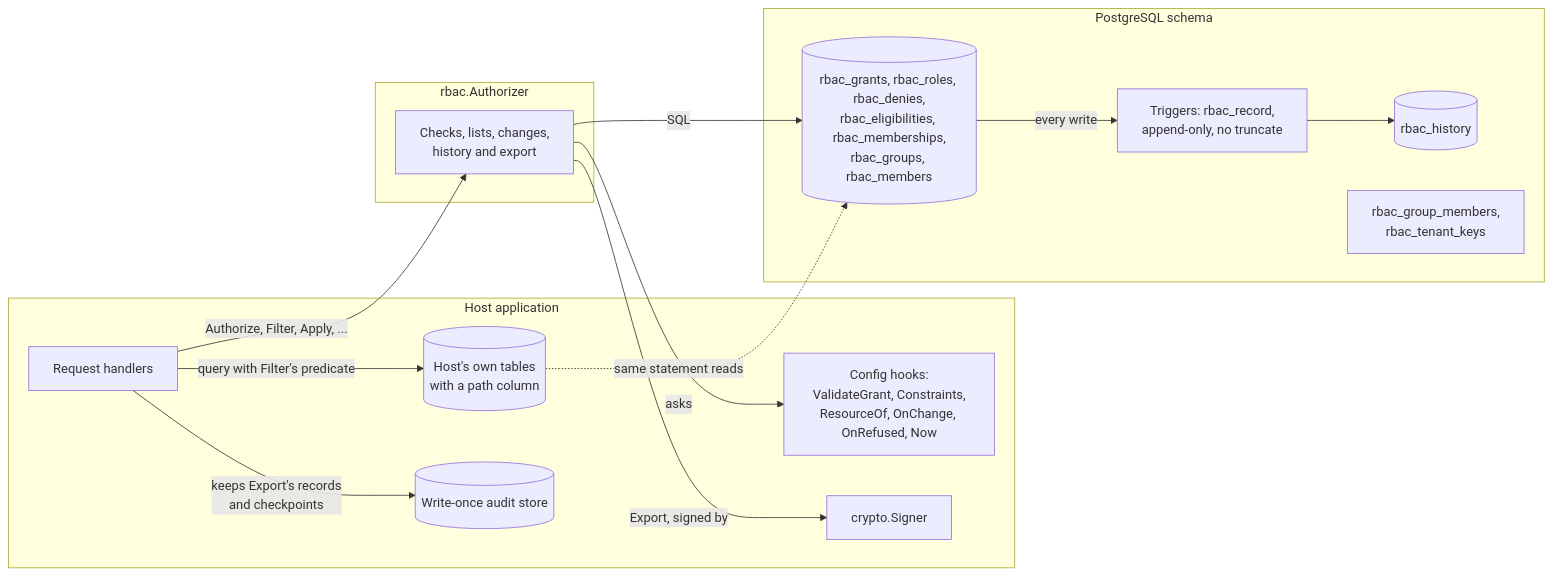
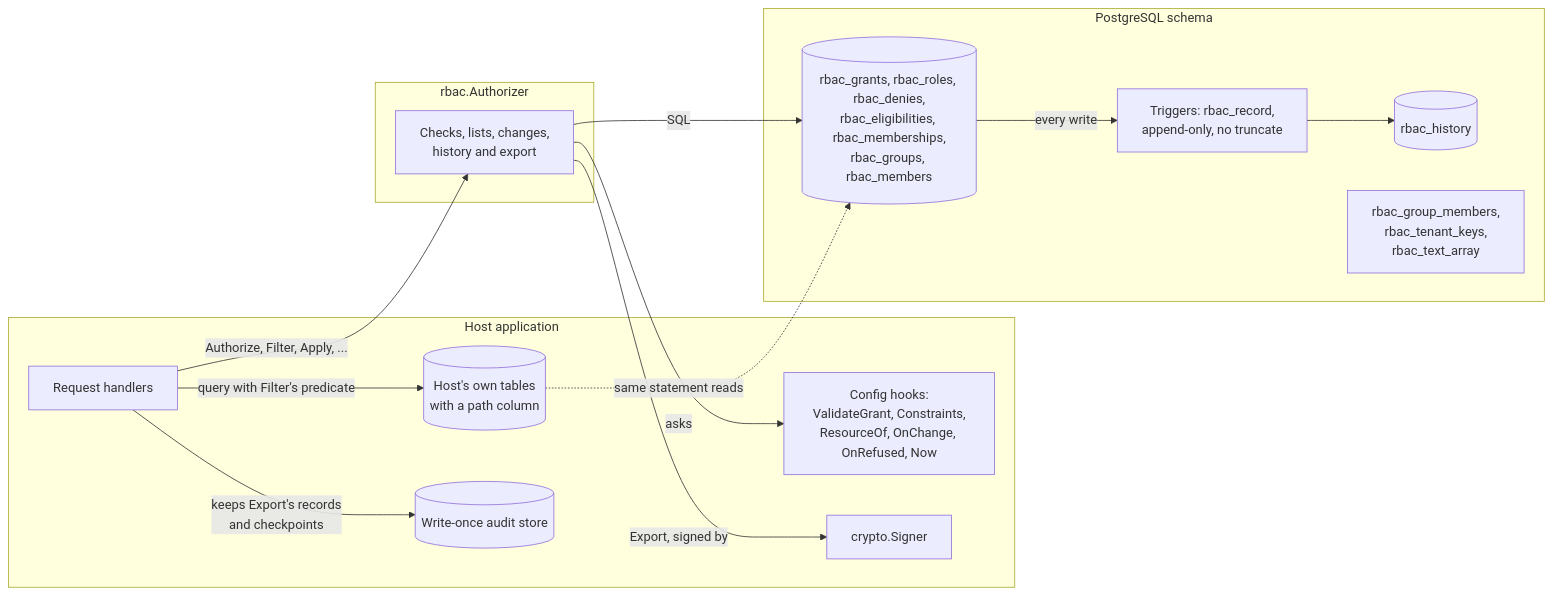
One commit to parallelworks/rbac changed the first of 13 diagrams in docs/architecture.md. Above: the diagram before and after it, drawn with Mermaid. The commit also changed other lines of this file and 7 other files, not shown here.

````diff
--- a/docs/architecture.md
+++ b/docs/architecture.md
@@ -29,28 +29,28 @@
 ```mermaid
 flowchart LR
     subgraph host["Host application"]
         code["Request handlers"]
         hooks["Config hooks:<br/>ValidateGrant, Constraints,<br/>ResourceOf, OnChange, OnRefused, Now"]
         own[("Host's own tables<br/>with a path column")]
         store[("Write-once audit store")]
         signer["crypto.Signer"]
     end
     subgraph lib["rbac.Authorizer"]
         api["Checks, lists, changes,<br/>history and export"]
     end
     subgraph pg["PostgreSQL schema"]
         tables[("rbac_grants, rbac_roles, rbac_denies,<br/>rbac_eligibilities, rbac_memberships,<br/>rbac_groups, rbac_members")]
         history[("rbac_history")]
         triggers["Triggers: rbac_record,<br/>append-only, no truncate"]
-        fn["rbac_group_members,<br/>rbac_tenant_keys"]
+        fn["rbac_group_members,<br/>rbac_tenant_keys,<br/>rbac_text_array"]
     end
     code -->|"Authorize, Filter, Apply, ..."| api
     api -->|"asks"| hooks
     api -->|"SQL"| tables
     tables -->|"every write"| triggers
     triggers --> history
     code -->|"query with Filter's predicate"| own
     own -.->|"same statement reads"| tables
     api -->|"Export, signed by"| signer
     code -->|"keeps Export's records<br/>and checkpoints"| store
 ```
````
